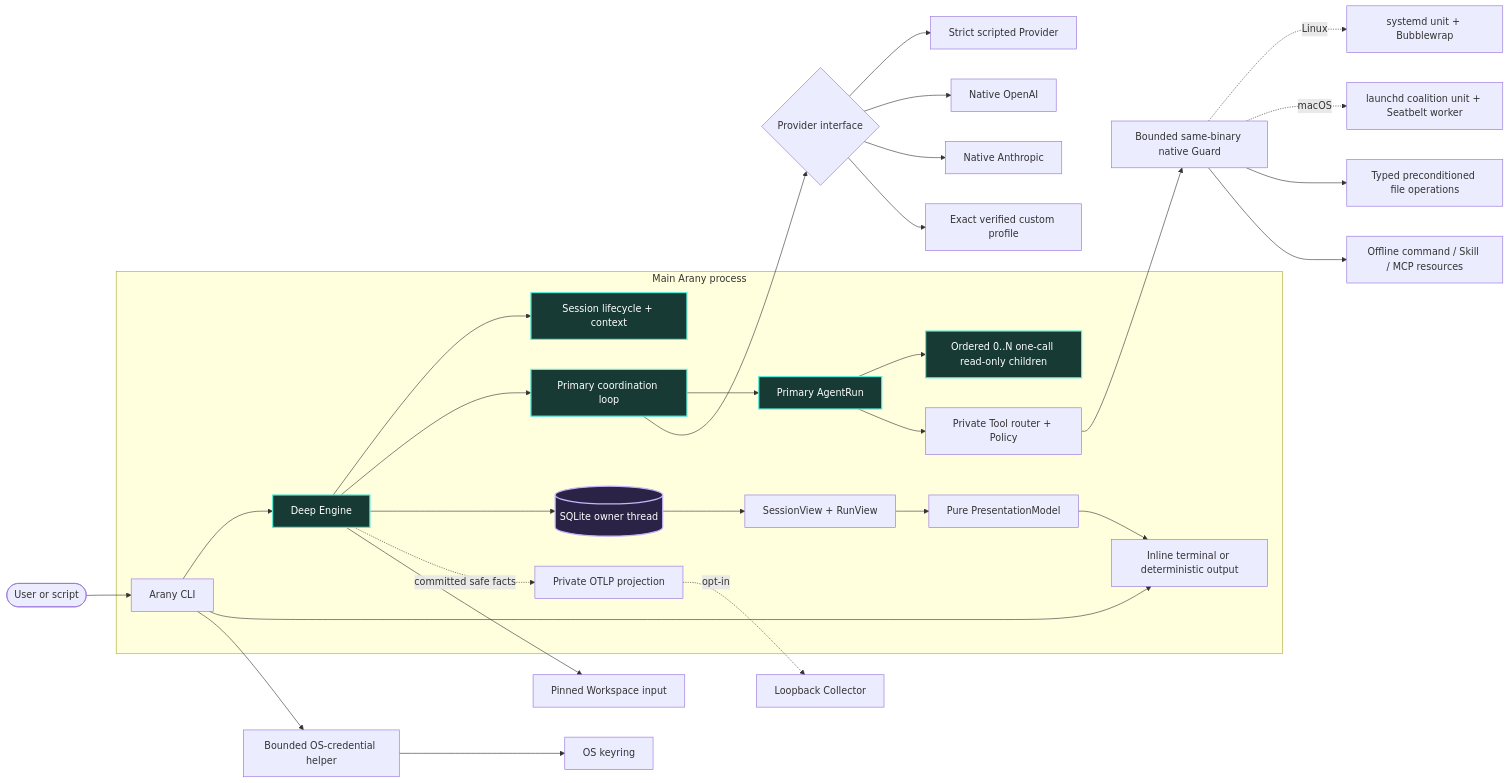
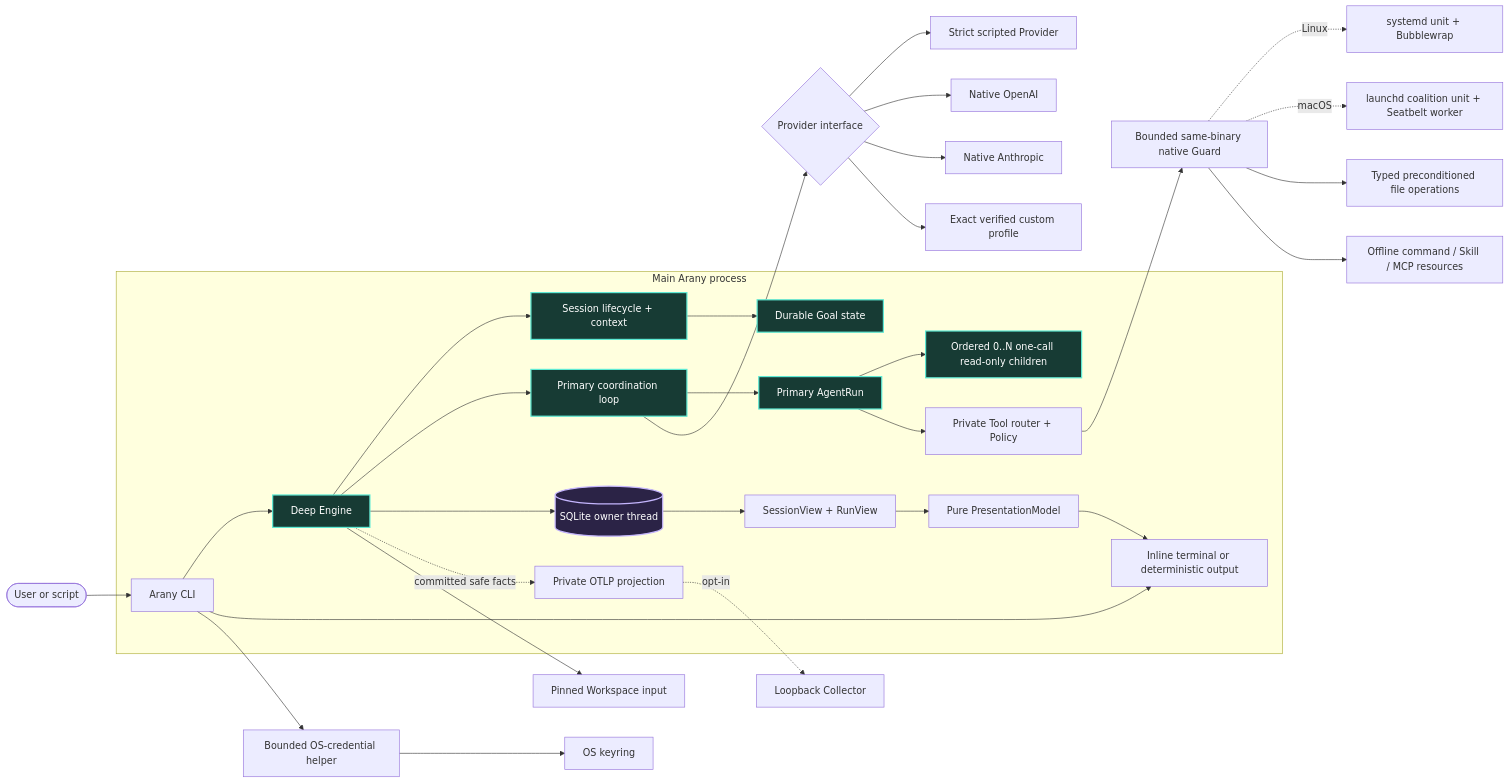
One commit to fpmirabile/arany changed the diagram in docs/architecture/system-overview.md. Above: the diagram before and after it, drawn with Mermaid. The commit also changed other lines of this file and 55 other files, not shown here.

````diff
--- a/docs/architecture/system-overview.md
+++ b/docs/architecture/system-overview.md
@@ -63,39 +63,40 @@
 ```mermaid
 flowchart LR
     User([User or script]) --> CLI[Arany CLI]
 
     subgraph Process[Main Arany process]
         CLI --> Engine[Deep Engine]
         CLI --> Terminal[Inline terminal or deterministic output]
         Engine --> Session[Session lifecycle + context]
+        Session --> Goal[Durable Goal state]
         Engine --> Loop[Primary coordination loop]
         Loop --> Primary[Primary AgentRun]
         Primary --> Children[Ordered 0..N one-call read-only children]
         Primary --> Tools[Private Tool router + Policy]
         Engine --> Store[(SQLite owner thread)]
         Store --> Views[SessionView + RunView]
         Views --> Presentation[Pure PresentationModel]
         Presentation --> Terminal
         Engine -. committed safe facts .-> OTLP[Private OTLP projection]
     end
 
     Loop --> Provider{Provider interface}
     Provider --> Fake[Strict scripted Provider]
     Provider --> OpenAI[Native OpenAI]
     Provider --> Anthropic[Native Anthropic]
     Provider --> Custom[Exact verified custom profile]
     Engine --> Workspace[Pinned Workspace input]
     Tools --> Guard[Bounded same-binary native Guard]
     Guard -. Linux .-> Systemd[systemd unit + Bubblewrap]
     Guard -. macOS .-> Launchd[launchd coalition unit + Seatbelt worker]
     Guard --> Files[Typed preconditioned file operations]
     Guard --> Snapshot[Offline command / Skill / MCP resources]
     OTLP -. opt-in .-> Collector[Loopback Collector]
     CLI --> CredentialHelper[Bounded OS-credential helper]
     CredentialHelper --> Keyring[OS keyring]
 
     classDef deep fill:#173b34,color:#fff,stroke:#5eead4,stroke-width:2px;
     classDef canonical fill:#2b2346,color:#fff,stroke:#c4b5fd,stroke-width:2px;
-    class Engine,Session,Loop,Primary,Children deep;
+    class Engine,Session,Goal,Loop,Primary,Children deep;
     class Store canonical;
 ```
````
